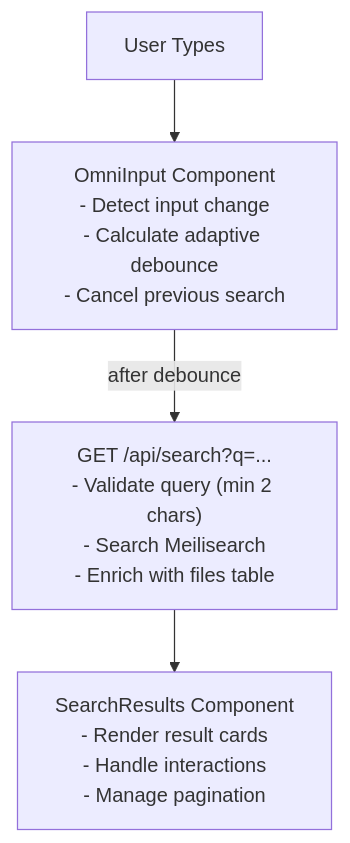
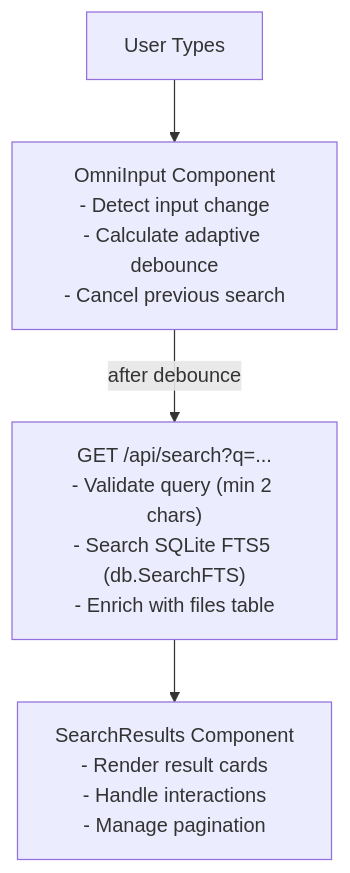
Before and after one commit to xiaoyuanzhu-com/my-life-db-docs: the first of 4 diagrams in src/content/docs/internal/features/search-feature-design.md, drawn with Mermaid. The commit also changed other lines of this file and 17 other files, not shown here.

First line of the commit message:
docs: replace Meilisearch with SQLite FTS5 throughout

````diff
--- a/src/content/docs/internal/features/search-feature-design.md
+++ b/src/content/docs/internal/features/search-feature-design.md
@@ -209,7 +209,7 @@
 ```mermaid
 flowchart TD
     A["User Types"] --> B
     B["OmniInput Component\n- Detect input change\n- Calculate adaptive debounce\n- Cancel previous search"] -->|"after debounce"| C
-    C["GET /api/search?q=...\n- Validate query (min 2 chars)\n- Search Meilisearch\n- Enrich with files table"] --> D
+    C["GET /api/search?q=...\n- Validate query (min 2 chars)\n- Search SQLite FTS5 (db.SearchFTS)\n- Enrich with files table"] --> D
     D["SearchResults Component\n- Render result cards\n- Handle interactions\n- Manage pagination"]
 ```
````
